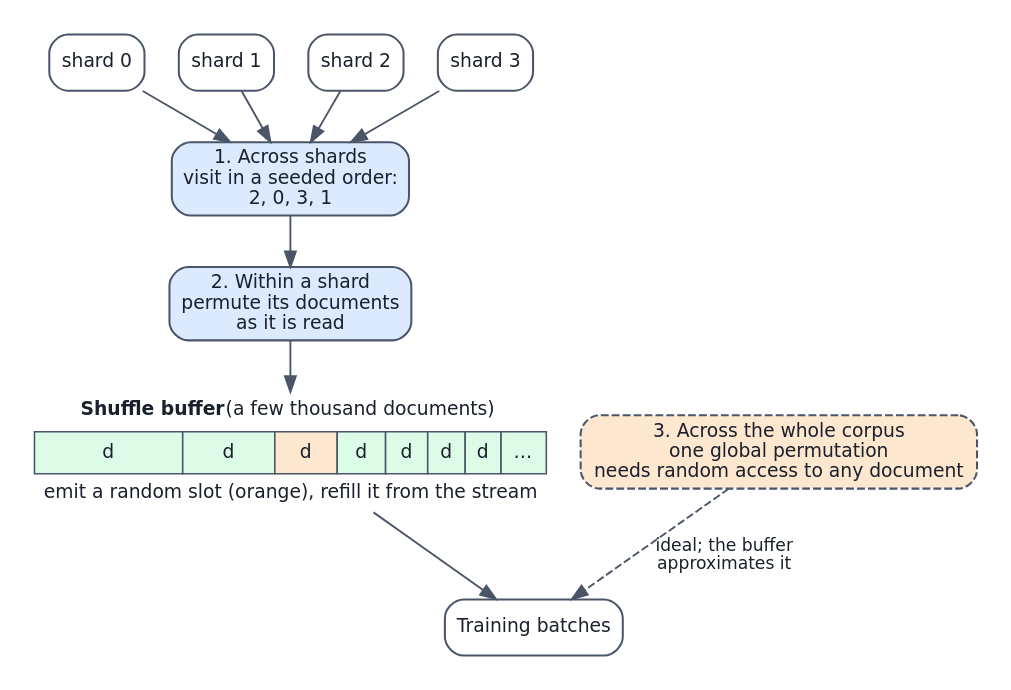
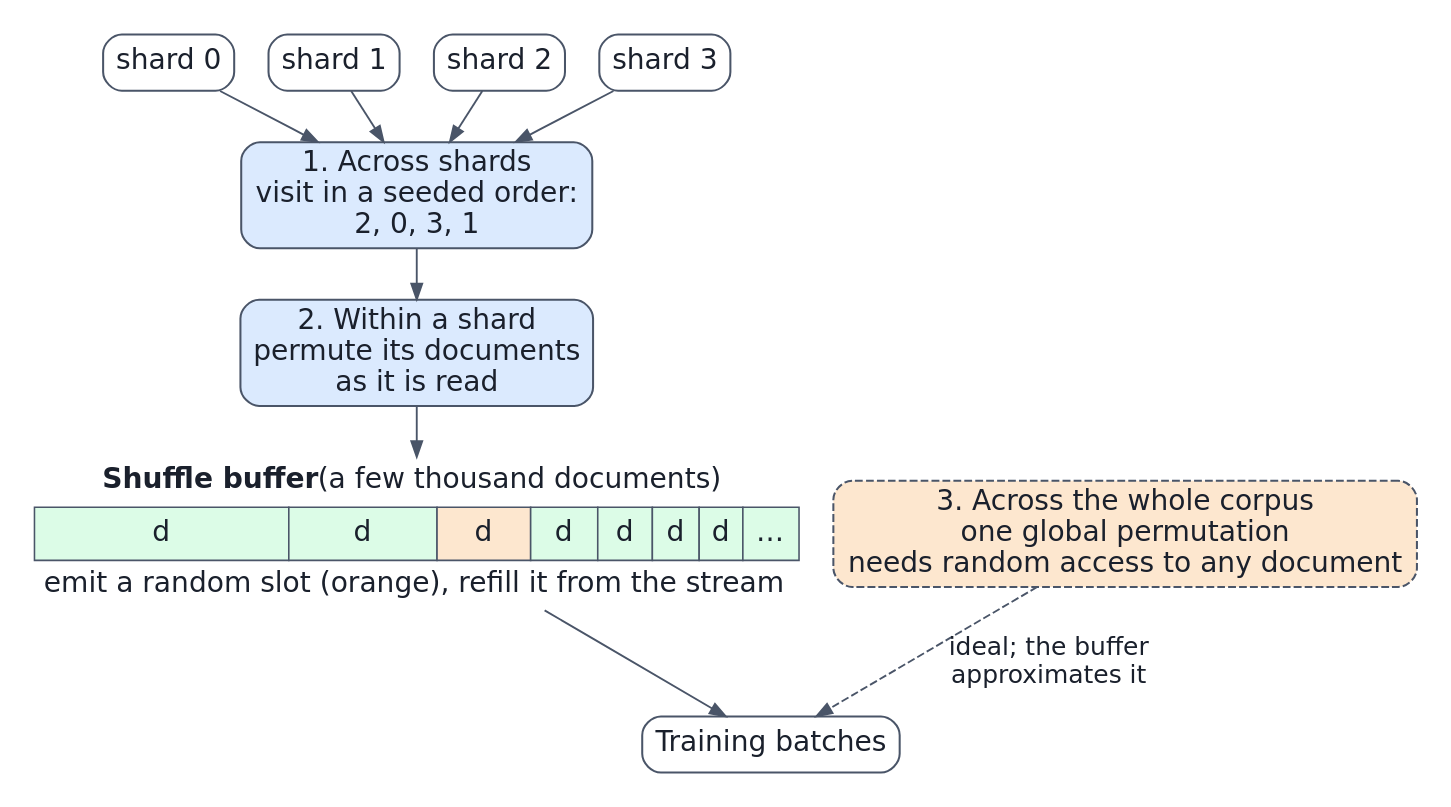
One commit to Beaker12/llmatlas changed the diagram in chapters/05-dataset-management/figures/shuffle.dot. Above: the diagram before and after it, drawn with Graphviz. The commit also changed 20 other files, not shown here.

First line of the commit message:
Chapter 5: render every schematic as one family with readable text

```diff
--- a/chapters/05-dataset-management/figures/shuffle.dot
+++ b/chapters/05-dataset-management/figures/shuffle.dot
@@ -1,17 +1,17 @@
 digraph shuffle {
-  graph [fontname="DejaVu Sans", fontsize=13, nodesep=0.3, ranksep=0.45, pad=0.2];
-  node [fontname="DejaVu Sans", fontsize=12, fontcolor="#1a202c", shape=box, style="rounded,filled", fillcolor="#ffffff", color="#4a5568", penwidth=1.3]; edge [fontname="DejaVu Sans", fontsize=11, fontcolor="#1a202c", color="#4a5568", penwidth=1.2];
-  subgraph cluster_storage { label="object storage"; style="rounded,filled"; fillcolor="#edf2f7"; color="#4a5568"; fontsize=12;
+  graph [fontname="DejaVu Sans", fontsize=20, nodesep=0.3, ranksep=0.45, pad=0.2];
+  node [fontname="DejaVu Sans", fontsize=18, fontcolor="#1a202c", shape=box, style="rounded,filled", fillcolor="#ffffff", color="#4a5568", penwidth=1.3]; edge [fontname="DejaVu Sans", fontsize=16, fontcolor="#1a202c", color="#4a5568", penwidth=1.2];
+  subgraph cluster_storage { label="object storage"; style="rounded,filled"; fillcolor="#edf2f7"; color="#4a5568"; fontsize=18;
     s0 [label="shard 0"]; s1 [label="shard 1"]; s2 [label="shard 2"]; s3 [label="shard 3"];
   }
   order [label="1. Across shards\nvisit in a seeded order:\n2, 0, 3, 1", fillcolor="#dbeafe"];
   within [label="2. Within a shard\npermute its documents\nas it is read", fillcolor="#dbeafe"];
   buffer [shape=plain, style="", label=<<TABLE BORDER="0" CELLBORDER="1" CELLSPACING="0" CELLPADDING="6" COLOR="#4a5568"><TR><TD COLSPAN="8" BORDER="0"><B>Shuffle buffer</B> (a few thousand documents)</TD></TR><TR><TD BGCOLOR="#dcfce7">d</TD><TD BGCOLOR="#dcfce7">d</TD><TD BGCOLOR="#fde7cf">d</TD><TD BGCOLOR="#dcfce7">d</TD><TD BGCOLOR="#dcfce7">d</TD><TD BGCOLOR="#dcfce7">d</TD><TD BGCOLOR="#dcfce7">d</TD><TD BGCOLOR="#dcfce7">…</TD></TR><TR><TD COLSPAN="8" BORDER="0">emit a random slot (orange), refill it from the stream</TD></TR></TABLE>>];
   batch [label="Training batches"];
   global [label="3. Across the whole corpus\none global permutation\nneeds random access to any document", fillcolor="#fde7cf", style="rounded,filled,dashed"];
   s2 -> order; s0 -> order; s3 -> order; s1 -> order;
   order -> within -> buffer -> batch;
   global -> batch [style=dashed, label="ideal; the buffer\napproximates it"];
   {rank=same; buffer; global}
   {rank=same; s0; s1; s2; s3}
 }
```
